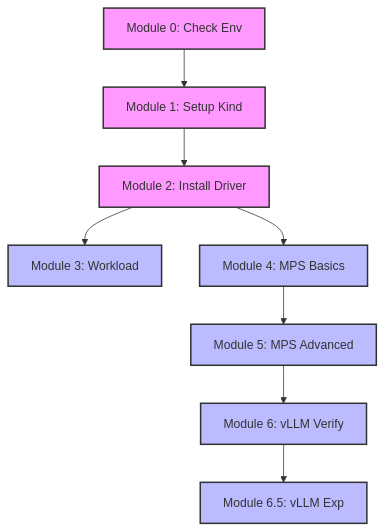
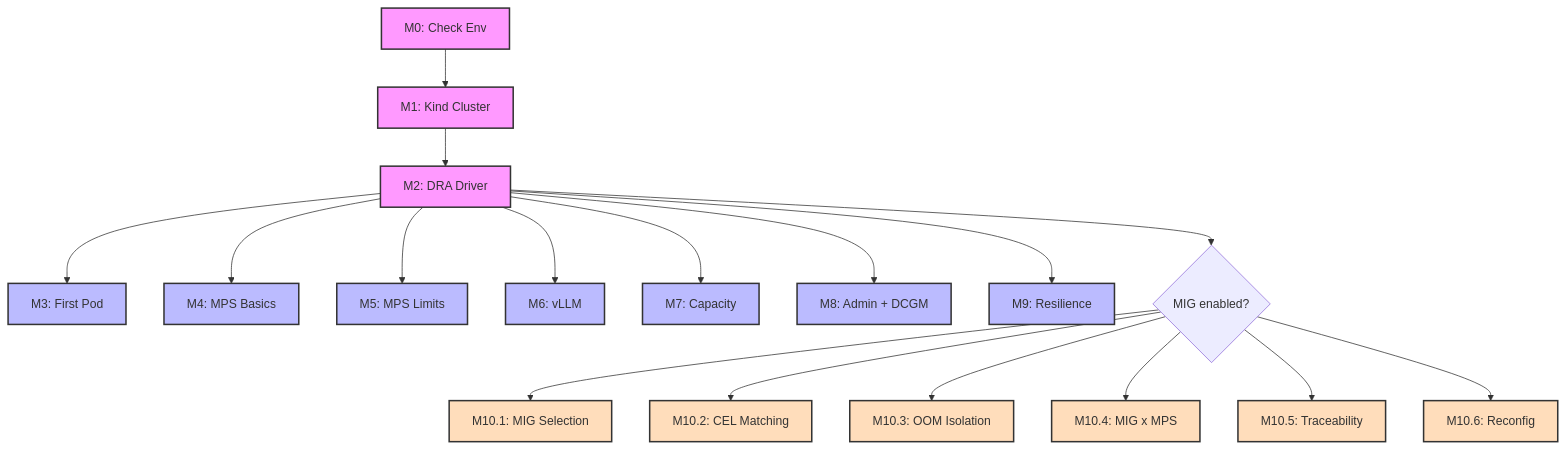
The diagram in README.md (Shiritai/k8s-dra-workshop), drawn with Mermaid before and after one commit. The commit also changed other lines of this file and 5 other files, not shown here.

````diff
--- a/README.md
+++ b/README.md
@@ -31,27 +89,26 @@
 ```mermaid
 graph TD
-    %% Nodes
-    M0[Module 0: Check Env]
-    M1[Module 1: Setup Kind]
-    M2[Module 2: Install Driver]
-    M3[Module 3: Workload]
-    M4[Module 4: MPS Basics]
-    M5[Module 5: MPS Advanced]
-    M6[Module 6: vLLM Verify]
-    M6.5[Module 6.5: vLLM Exp]
+    M0[M0: Check Env] --> M1[M1: Kind Cluster]
+    M1 --> M2[M2: DRA Driver]
+    M2 --> M3[M3: First Pod]
+    M2 --> M4[M4: MPS Basics]
+    M2 --> M5[M5: MPS Limits]
+    M2 --> M6[M6: vLLM]
+    M2 --> M7[M7: Capacity]
+    M2 --> M8[M8: Admin + DCGM]
+    M2 --> M9[M9: Resilience]
+    M2 --> MIG{MIG enabled?}
+    MIG --> M10.1[M10.1: MIG Selection]
+    MIG --> M10.2[M10.2: CEL Matching]
+    MIG --> M10.3[M10.3: OOM Isolation]
+    MIG --> M10.4[M10.4: MIG x MPS]
+    MIG --> M10.5[M10.5: Traceability]
+    MIG --> M10.6[M10.6: Reconfig]
 
-    %% Dependencies
-    M0 --> M1
-    M1 --> M2
-    M2 --> M3
-    M2 --> M4
-    M4 --> M5
-    M5 --> M6
-    M6 --> M6.5
-
-    %% Styling
-    classDef infra fill:#f9f,stroke:#333,stroke-width:2px;
-    classDef workload fill:#bbf,stroke:#333,stroke-width:2px;
-    class M0,M1,M2 infra;
-    class M3,M4,M5,M6,M6.5 workload;
+    classDef infra fill:#f9f,stroke:#333,stroke-width:2px
+    classDef workload fill:#bbf,stroke:#333,stroke-width:2px
+    classDef mig fill:#fdb,stroke:#333,stroke-width:2px
+    class M0,M1,M2 infra
+    class M3,M4,M5,M6,M7,M8,M9 workload
+    class M10.1,M10.2,M10.3,M10.4,M10.5,M10.6 mig
 ```
````
